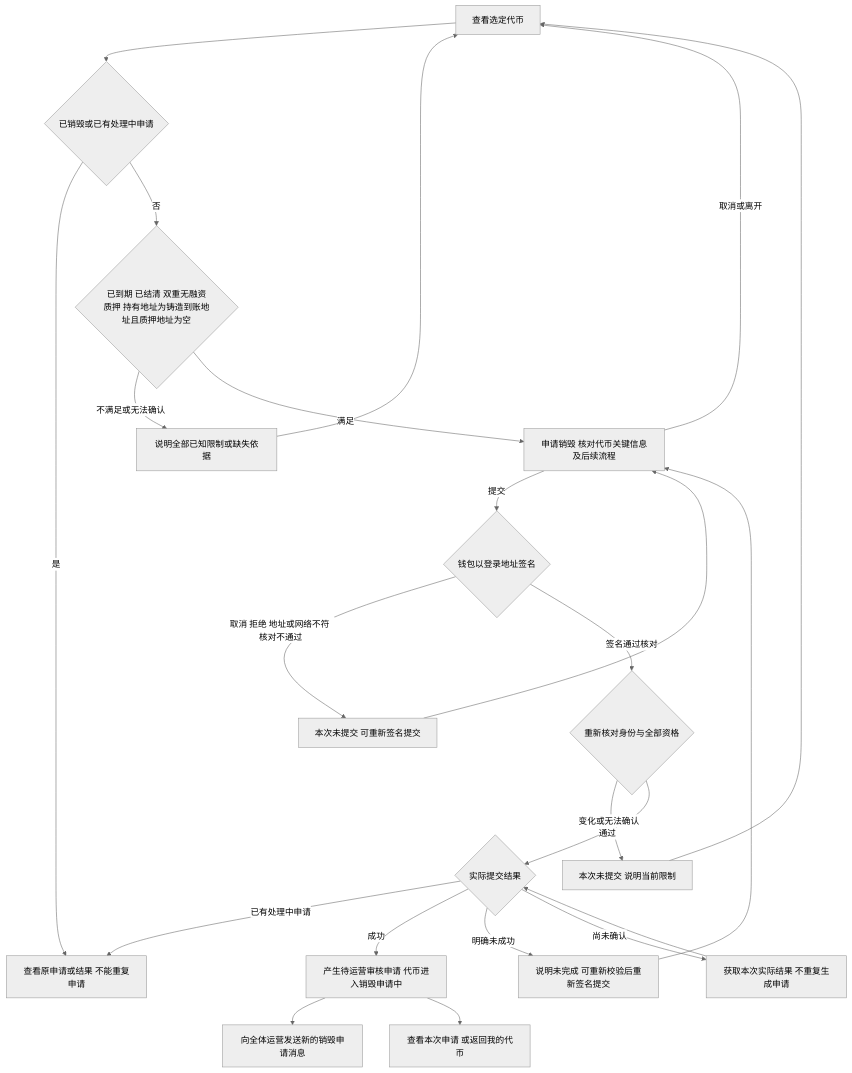
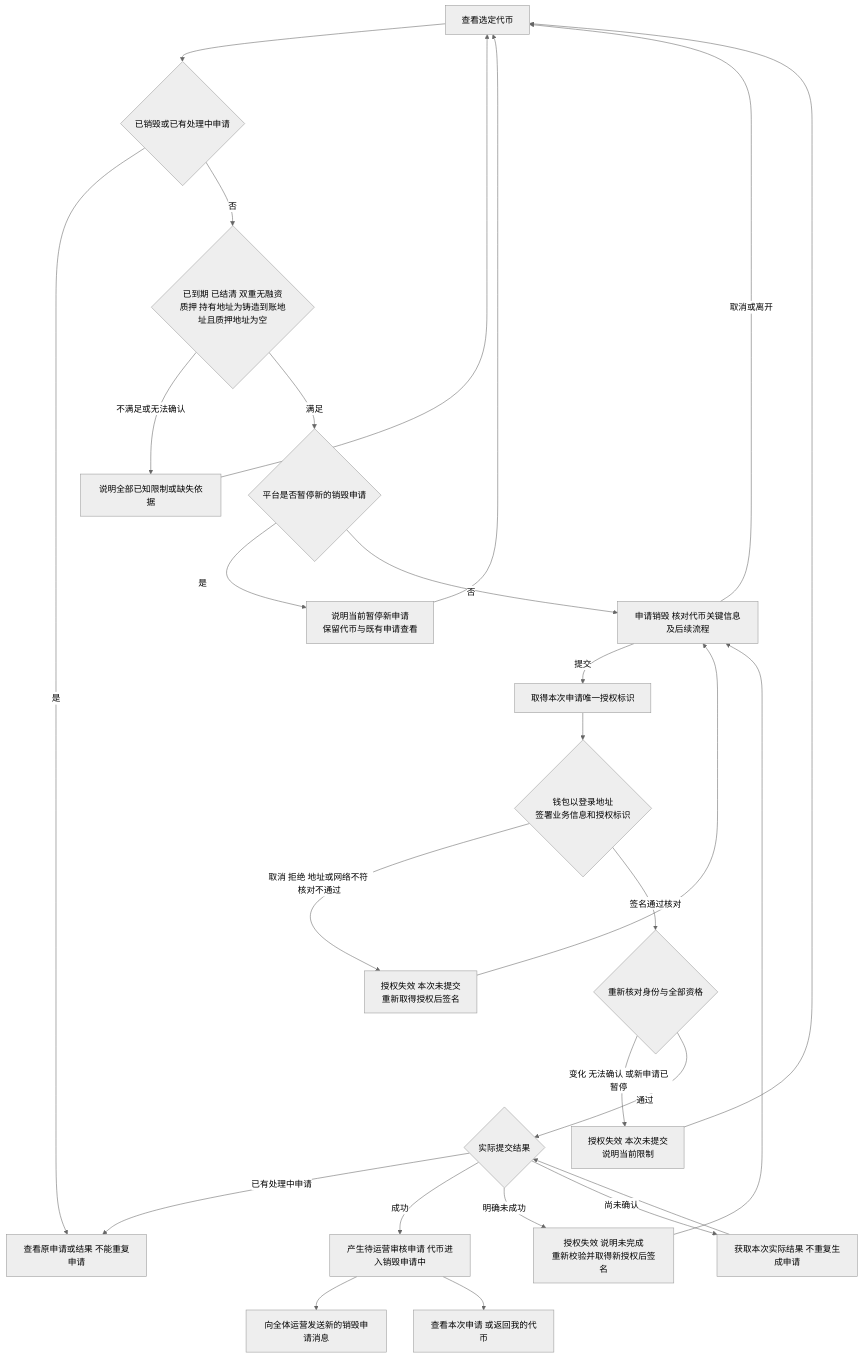
One commit to wxblockchain/Chain-Financing changed the second of 4 diagrams in token-issuance-platform/PRD/面客端/M4a-我的代币与销毁申请/02-我的代币与销毁申请-流程图与状态机.md. Above: the diagram before and after it, drawn with Mermaid (neutral theme). The commit also changed other lines of this file and 5 other files, not shown here.

````diff
--- a/token-issuance-platform/PRD/面客端/M4a-我的代币与销毁申请/02-我的代币与销毁申请-流程图与状态机.md
+++ b/token-issuance-platform/PRD/面客端/M4a-我的代币与销毁申请/02-我的代币与销毁申请-流程图与状态机.md
@@ -42,25 +42,29 @@
 ```mermaid
 flowchart TD
     A[查看选定代币] --> B{已销毁或已有处理中申请}
     B -->|是| C[查看原申请或结果 不能重复申请]
     B -->|否| D{已到期 已结清 双重无融资质押 持有地址为铸造到账地址且质押地址为空}
     D -->|不满足或无法确认| E[说明全部已知限制或缺失依据]
     E --> A
-    D -->|满足| F[申请销毁 核对代币关键信息及后续流程]
+    D -->|满足| P{平台是否暂停新的销毁申请}
+    P -->|是| Q[说明当前暂停新申请<br/>保留代币与既有申请查看]
+    Q --> A
+    P -->|否| F[申请销毁 核对代币关键信息及后续流程]
     F -->|取消或离开| A
-    F -->|提交| S{钱包以登录地址签名}
-    S -->|取消 拒绝 地址或网络不符 核对不通过| T[本次未提交 可重新签名提交]
+    F -->|提交| R[取得本次申请唯一授权标识]
+    R --> S{钱包以登录地址<br/>签署业务信息和授权标识}
+    S -->|取消 拒绝 地址或网络不符 核对不通过| T[授权失效 本次未提交<br/>重新取得授权后签名]
     T --> F
     S -->|签名通过核对| G{重新核对身份与全部资格}
-    G -->|变化或无法确认| H[本次未提交 说明当前限制]
+    G -->|变化 无法确认 或新申请已暂停| H[授权失效 本次未提交<br/>说明当前限制]
     H --> A
     G -->|通过| I{实际提交结果}
     I -->|已有处理中申请| C
     I -->|成功| J[产生待运营审核申请 代币进入销毁申请中]
     J --> K[向全体运营发送新的销毁申请消息]
     J --> L[查看本次申请 或返回我的代币]
-    I -->|明确未成功| M[说明未完成 可重新校验后重新签名提交]
+    I -->|明确未成功| M[授权失效 说明未完成<br/>重新校验并取得新授权后签名]
     M --> F
     I -->|尚未确认| N[获取本次实际结果 不重复生成申请]
     N --> I
 ```
````
